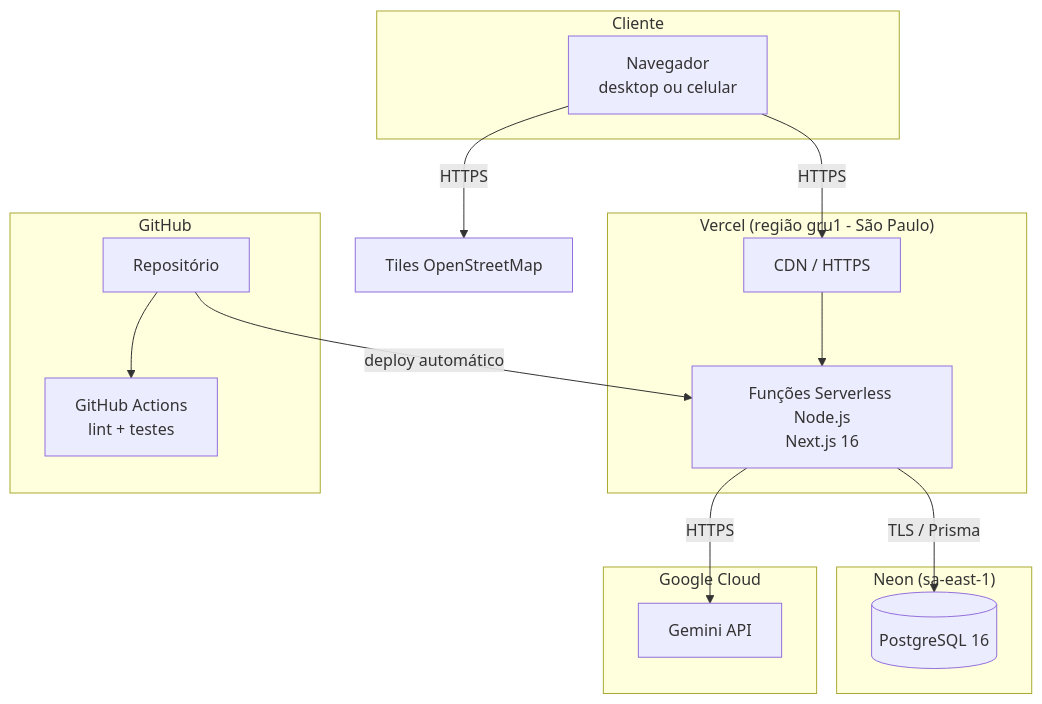
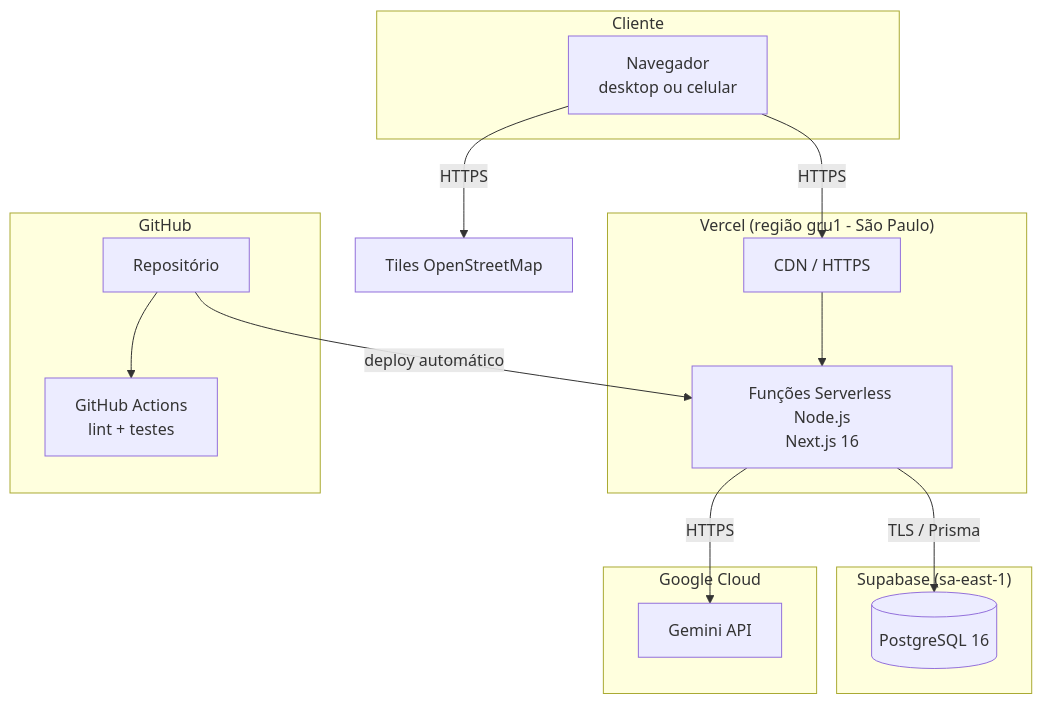
One commit to luizacoelh/RastroVerde changed the third of 5 diagrams in docs/04-arquitetura.md. Above: the diagram before and after it, drawn with Mermaid. The commit also changed other lines of this file and 5 other files, not shown here.

Commit message:
docs: trocar Neon por Supabase como banco PostgreSQL (ADR-05)

````diff
--- a/docs/04-arquitetura.md
+++ b/docs/04-arquitetura.md
@@ -90,28 +94,28 @@
 ```mermaid
 flowchart TB
   subgraph Cliente
     BR[Navegador<br/>desktop ou celular]
   end
   subgraph "Vercel (região gru1 - São Paulo)"
     EDGE[CDN / HTTPS]
     FN[Funções Serverless Node.js<br/>Next.js 16]
   end
-  subgraph "Neon (sa-east-1)"
+  subgraph "Supabase (sa-east-1)"
     PG[(PostgreSQL 16)]
   end
   subgraph Google Cloud
     GM[Gemini API]
   end
   subgraph GitHub
     REPO[Repositório]
     CI[GitHub Actions<br/>lint + testes]
   end
   OSM[Tiles OpenStreetMap]
 
   BR -- HTTPS --> EDGE --> FN
   BR -- HTTPS --> OSM
   FN -- TLS / Prisma --> PG
   FN -- HTTPS --> GM
   REPO --> CI
   REPO -- deploy automático --> FN
 ```
````
